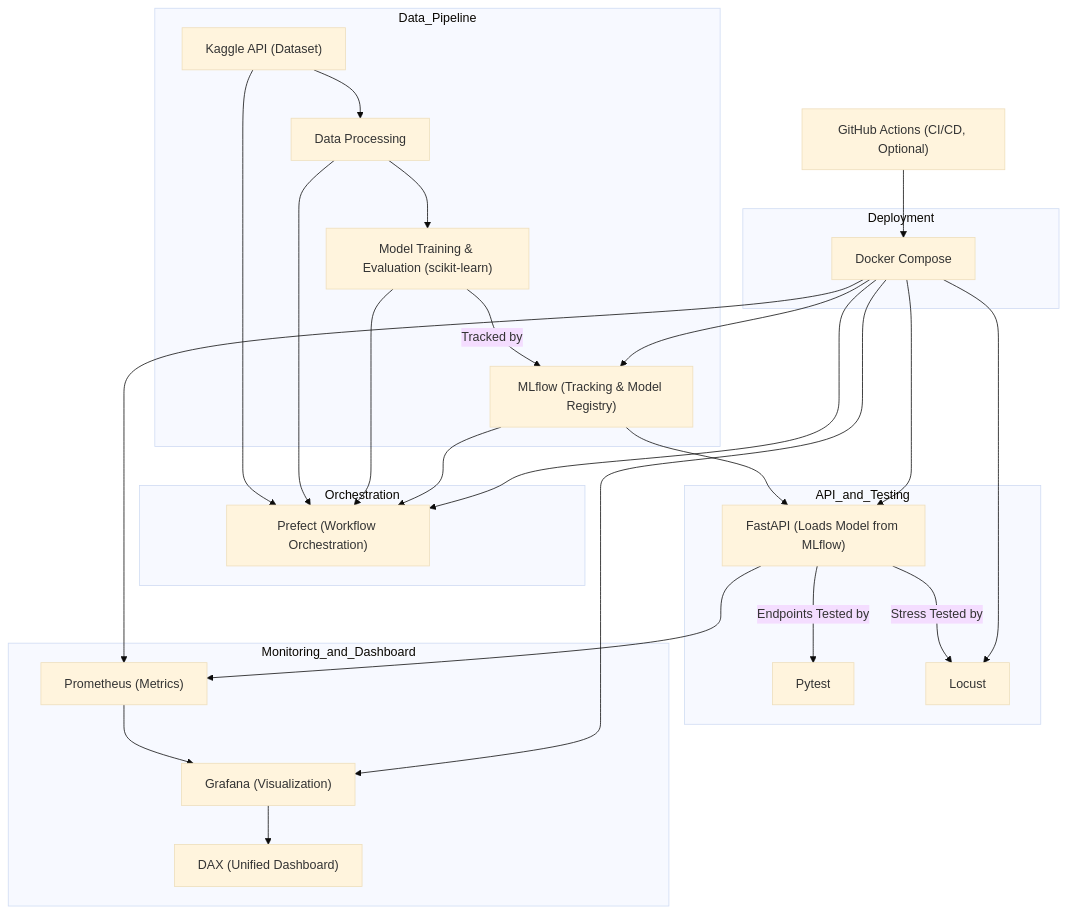
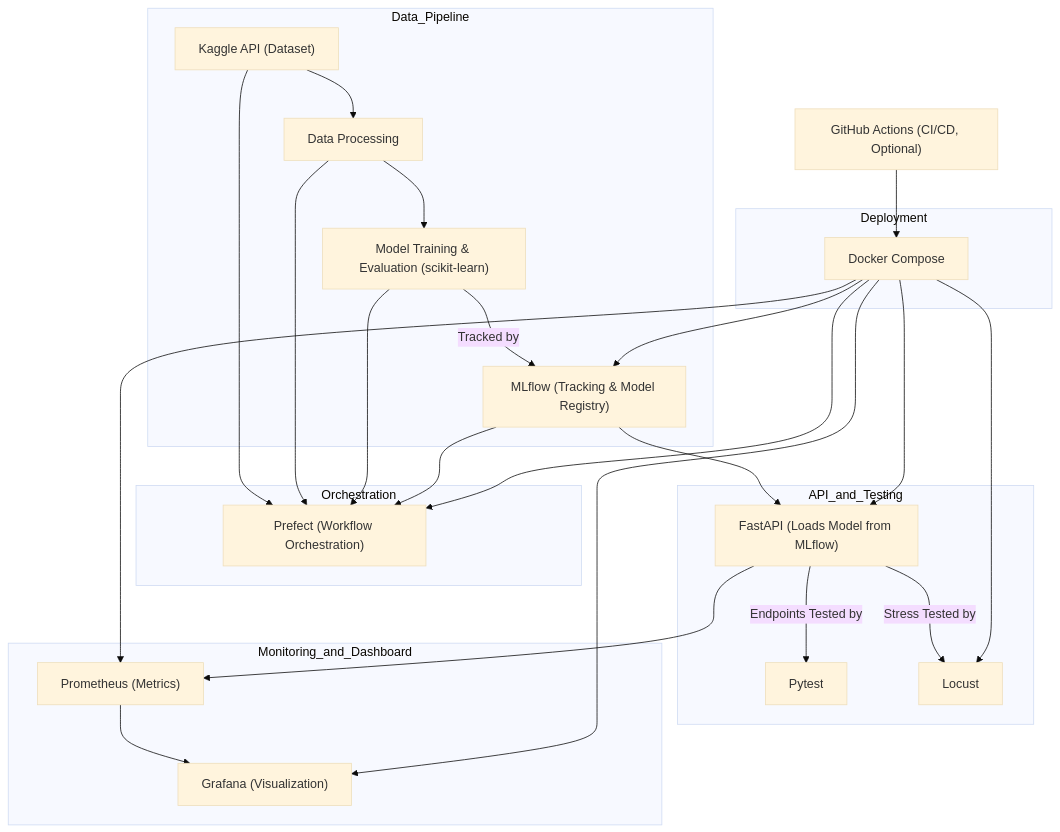
The diagram in README.md (kingabzpro/bbc-news-class-mlops), drawn with Mermaid (base theme) before and after one commit.

Commit message:
Remove DAX from the monitoring and dashboard section in README.md for clarity and updated project focus.

````diff
--- a/README.md
+++ b/README.md
@@ -129,41 +129,40 @@
 ```mermaid
 graph TD
   subgraph Data_Pipeline
     A["Kaggle API (Dataset)"] --> B["Data Processing"]
     B --> C["Model Training & Evaluation (scikit-learn)"]
     C -->|"Tracked by"| D["MLflow (Tracking & Model Registry)"]
   end
 
   subgraph Orchestration
     E["Prefect (Workflow Orchestration)"]
     A --> E
     B --> E
     C --> E
     D --> E
   end
 
   subgraph API_and_Testing
     F["FastAPI (Loads Model from MLflow)"]
     F -->|"Endpoints Tested by"| G["Pytest"]
     F -->|"Stress Tested by"| H["Locust"]
   end
 
   D --> F
 
   subgraph Monitoring_and_Dashboard
     F --> I["Prometheus (Metrics)"]
     I --> J["Grafana (Visualization)"]
-    J --> K["DAX (Unified Dashboard)"]
   end
 
   subgraph Deployment
     L["Docker Compose"] --> F
     L --> D
     L --> I
     L --> J
     L --> H
     L --> E
   end
 
   M["GitHub Actions (CI/CD, Optional)"] --> L
 ```
````
